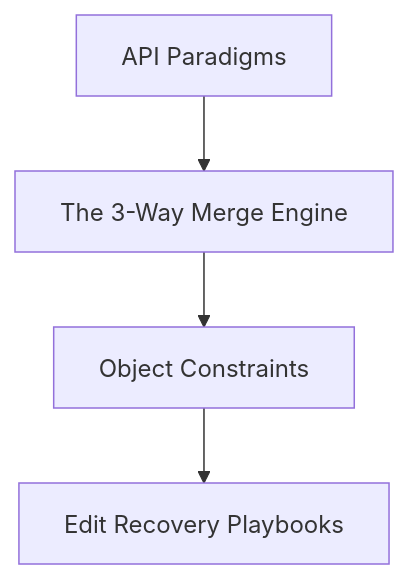
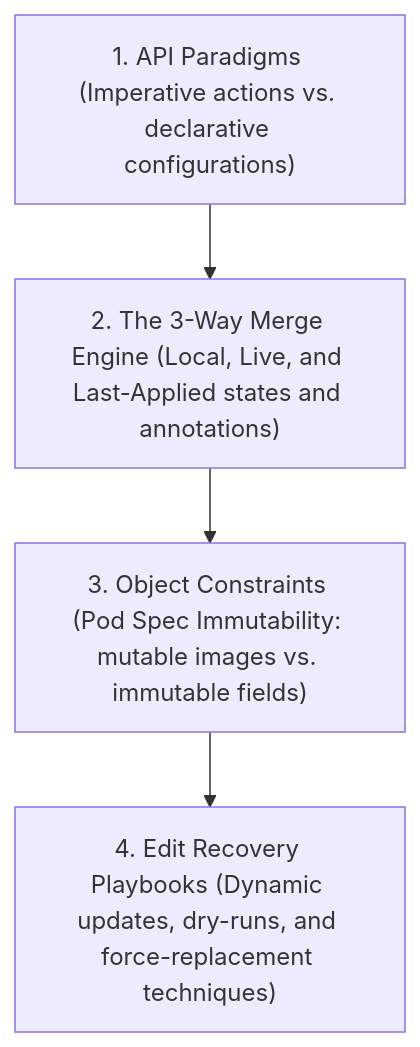
Before and after one commit to kmashour/BrainDump: the diagram in Reference Notes/13_kubernetes_api_management_and_pod_immutability.md, drawn with Mermaid. The commit also changed 15 other files, not shown here.

Commit message:
docs: restore detailed informative mermaid diagrams replacing ampersands with 'and'

````diff
--- a/Reference Notes/13_kubernetes_api_management_and_pod_immutability.md
+++ b/Reference Notes/13_kubernetes_api_management_and_pod_immutability.md
@@ -11,6 +11,6 @@
 ```mermaid
 graph TD
-    A["API Paradigms"] --> B["The 3-Way Merge Engine"]
-    B --> C["Object Constraints"]
-    C --> D["Edit Recovery Playbooks"]
+    A["1. API Paradigms (Imperative actions vs. declarative configurations)"] --> B["2. The 3-Way Merge Engine (Local, Live, and Last-Applied states and annotations)"]
+    B --> C["3. Object Constraints (Pod Spec Immutability: mutable images vs. immutable fields)"]
+    C --> D["4. Edit Recovery Playbooks (Dynamic updates, dry-runs, and force-replacement techniques)"]
 ```
````
